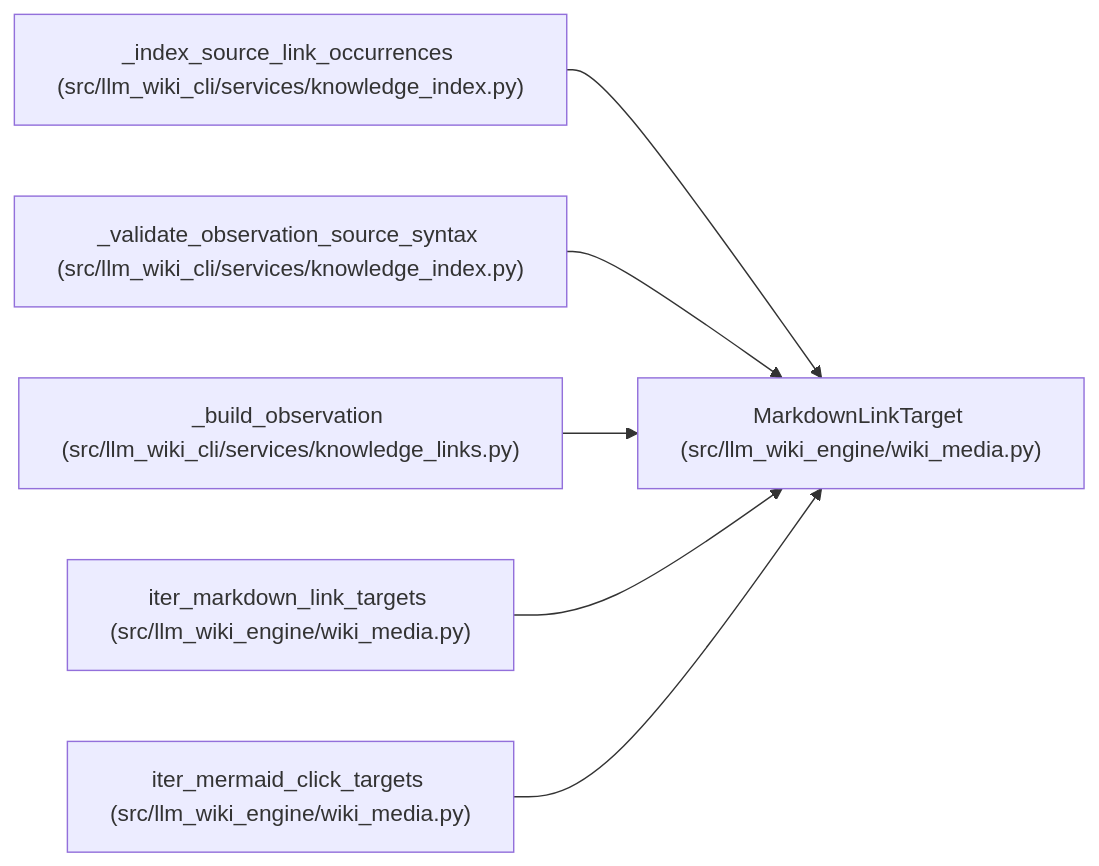
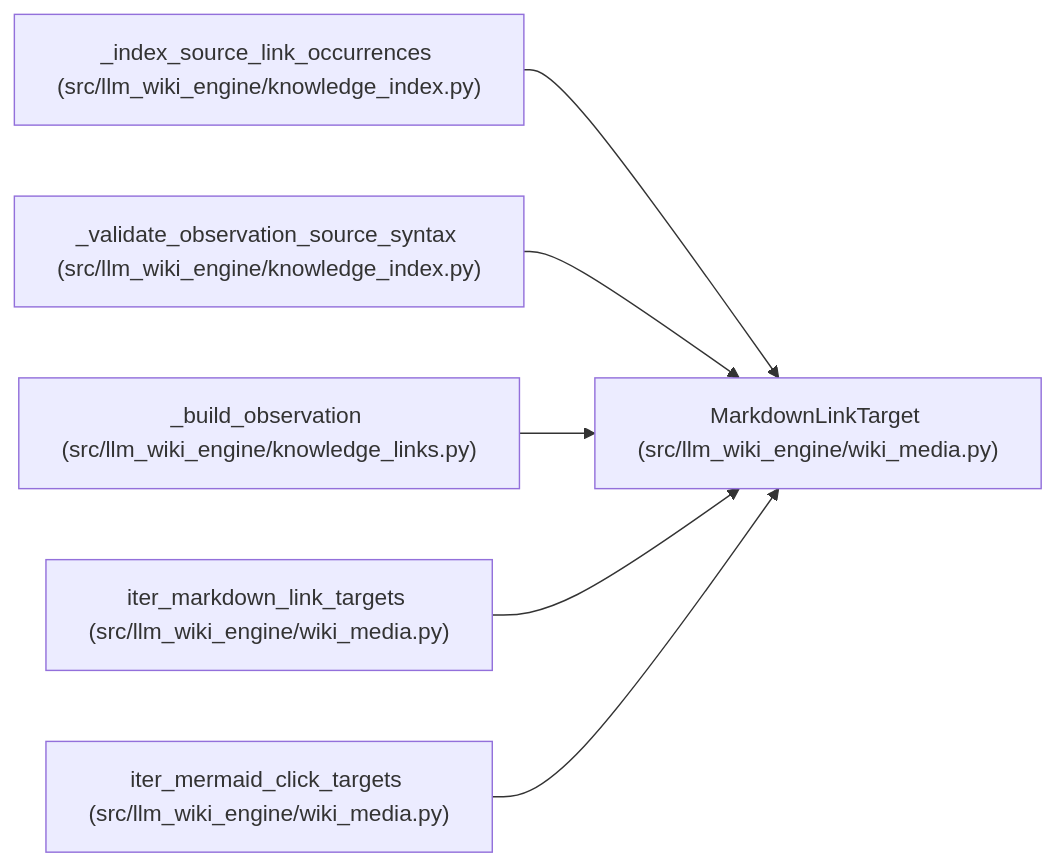
The diagram in docs/llm_wiki/entities/MarkdownLinkTarget.md (Denissvgn/python-wiki-llm), drawn with Mermaid before and after one commit. The commit also changed 1058 other files, not shown here.

First line of the commit message:
docs: refresh the wiki for the knowledge store move

````diff
--- a/docs/llm_wiki/entities/MarkdownLinkTarget.md
+++ b/docs/llm_wiki/entities/MarkdownLinkTarget.md
@@ -32,20 +32,20 @@
 ```mermaid
 flowchart LR
     n0["MarkdownLinkTarget (src/llm_wiki_engine/wiki_media.py)"]
-    n1["_index_source_link_occurrences (src/llm_wiki_cli/services/knowledge_index.py)"]
-    n2["_validate_observation_source_syntax (src/llm_wiki_cli/services/knowledge_index.py)"]
-    n3["_build_observation (src/llm_wiki_cli/services/knowledge_links.py)"]
+    n1["_index_source_link_occurrences (src/llm_wiki_engine/knowledge_index.py)"]
+    n2["_validate_observation_source_syntax (src/llm_wiki_engine/knowledge_index.py)"]
+    n3["_build_observation (src/llm_wiki_engine/knowledge_links.py)"]
     n4["iter_markdown_link_targets (src/llm_wiki_engine/wiki_media.py)"]
     n5["iter_mermaid_click_targets (src/llm_wiki_engine/wiki_media.py)"]
     n1 --> n0
     n2 --> n0
     n3 --> n0
     n4 --> n0
     n5 --> n0
     click n0 "../modules/wiki_media.md"
     click n1 "../modules/knowledge_index.md"
     click n2 "../modules/knowledge_index.md"
     click n3 "../modules/knowledge_links.md"
     click n4 "../modules/wiki_media.md"
     click n5 "../modules/wiki_media.md"
 ```
````
